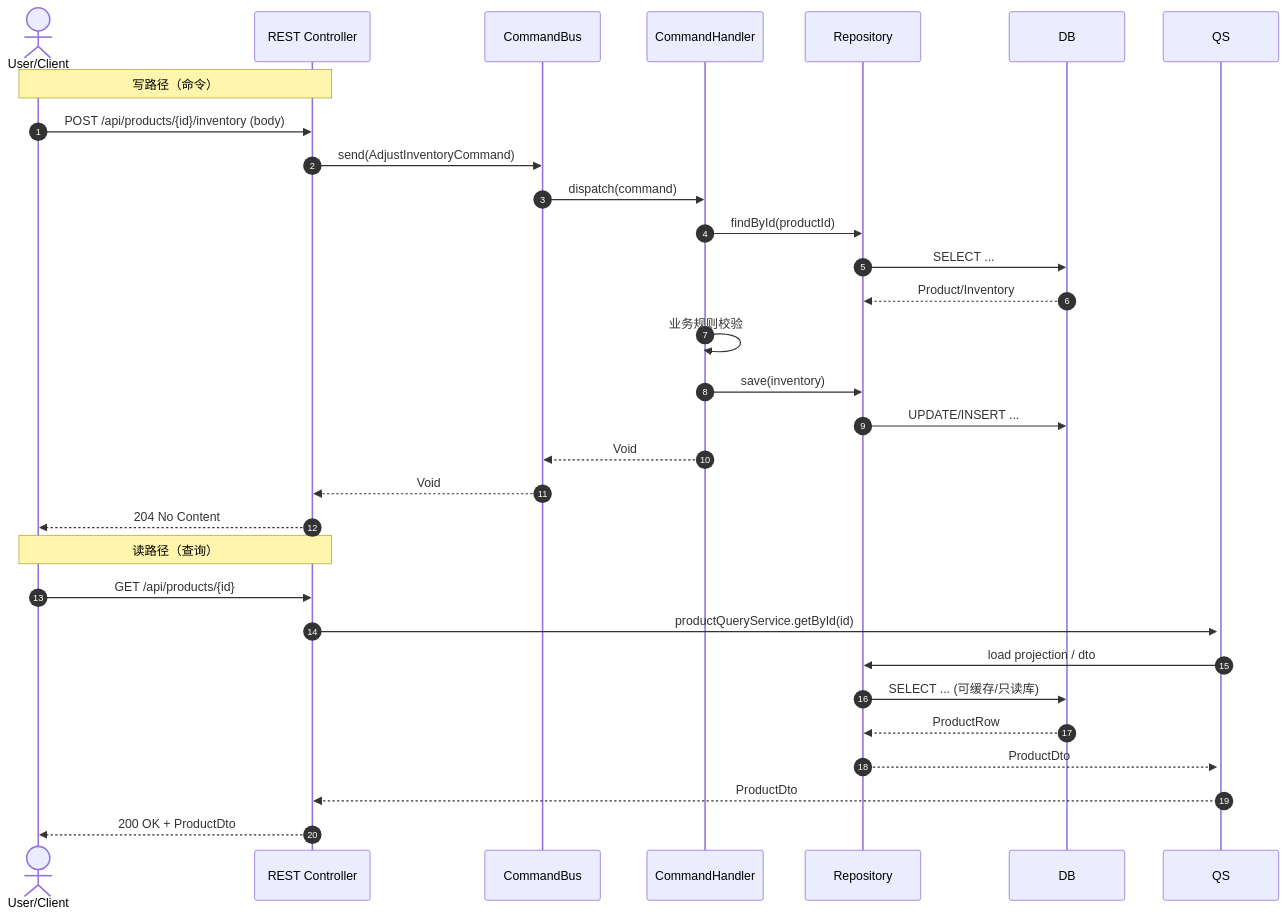
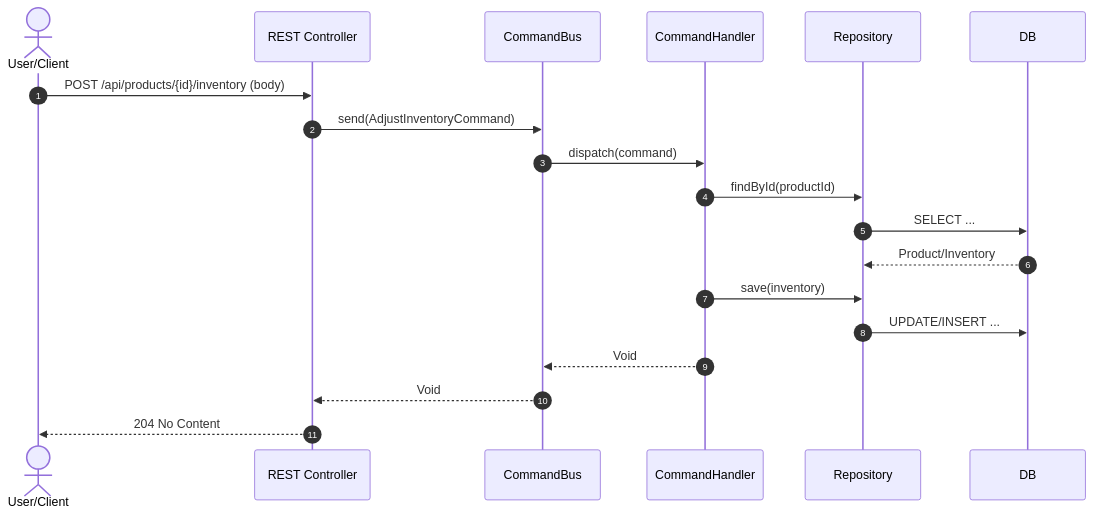
Before and after one commit to NEUQNPEE/MVC2DDD: the fourth of 4 diagrams in README.md, drawn with Mermaid. The commit also changed other lines of this file, not shown here.

````diff
--- a/README.md
+++ b/README.md
@@ -573,34 +778,22 @@
 ```mermaid
 sequenceDiagram
     autonumber
     actor U as User/Client
     participant C as REST Controller
     participant B as CommandBus
     participant H as CommandHandler
     participant R as Repository
     participant DB as DB
 
-    Note over U,C: 写路径（命令）
     U->>C: POST /api/products/{id}/inventory (body)
     C->>B: send(AdjustInventoryCommand)
     B->>H: dispatch(command)
     H->>R: findById(productId)
     R->>DB: SELECT ...
     DB-->>R: Product/Inventory
-    H->>H: 业务规则校验
     H->>R: save(inventory)
     R->>DB: UPDATE/INSERT ...
     H-->>B: Void
     B-->>C: Void
     C-->>U: 204 No Content
-
-    Note over U,C: 读路径（查询）
-    U->>C: GET /api/products/{id}
-    C->>+QS: productQueryService.getById(id)
-    QS->>R: load projection / dto
-    R->>DB: SELECT ... (可缓存/只读库)
-    DB-->>R: ProductRow
-    R-->>QS: ProductDto
-    QS-->>C: ProductDto
-    C-->>U: 200 OK + ProductDto
 ```
````
